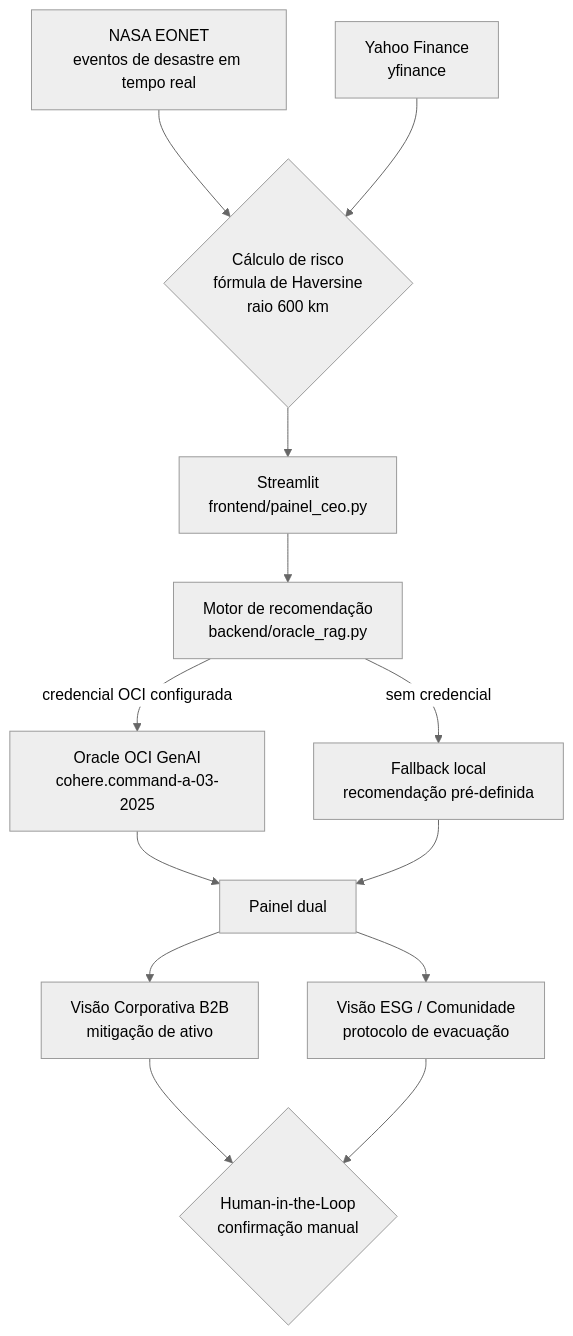
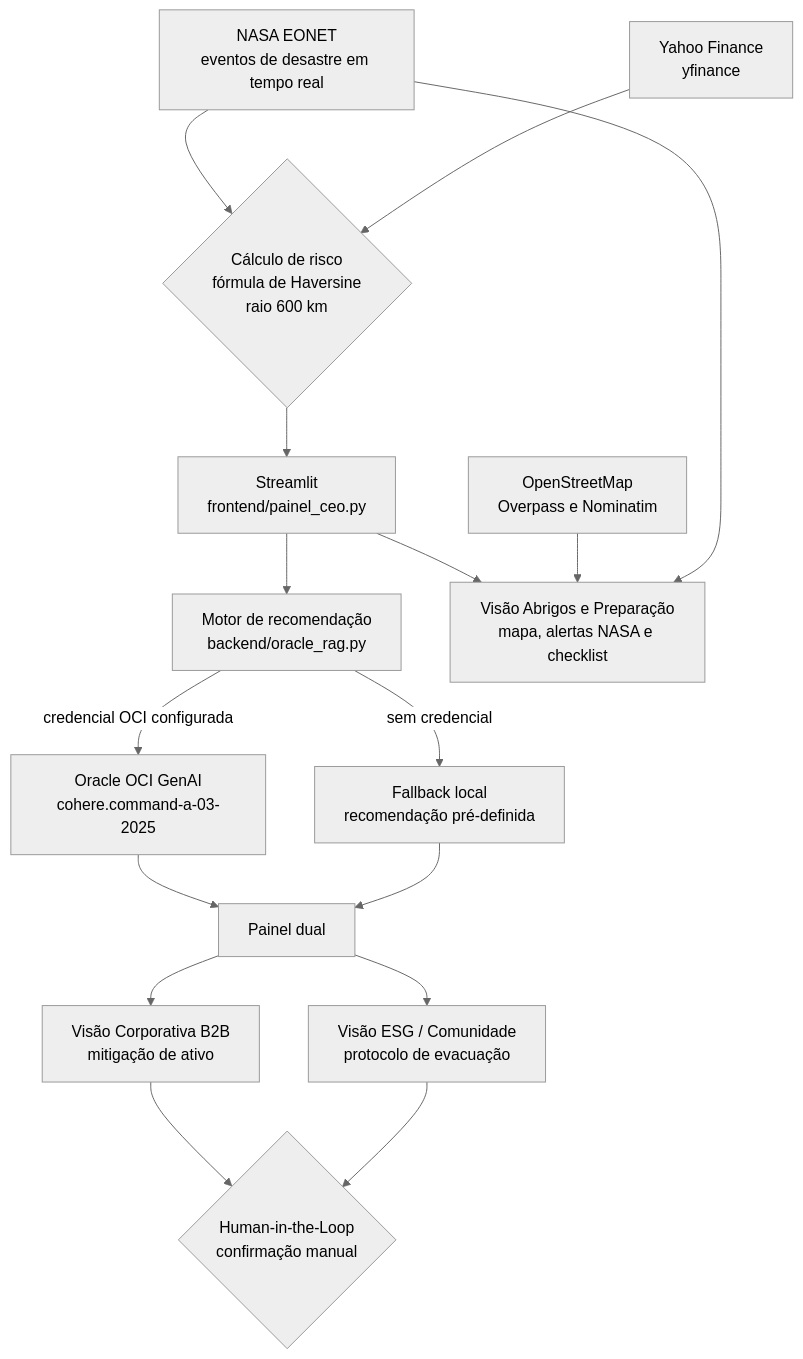
The diagram in README.md (LeonardoGMendoza/aplicativo-geo-capital-engine), drawn with Mermaid (neutral theme) before and after one commit. The commit also changed other lines of this file, not shown here.

Commit message:
Corrige mapa de abrigos e atualiza README

````diff
--- a/README.md
+++ b/README.md
@@ -42,15 +46,18 @@
 ```mermaid
 flowchart TD
     A[NASA EONET<br/>eventos de desastre em tempo real] --> C{Cálculo de risco<br/>fórmula de Haversine<br/>raio 600 km}
     B[Yahoo Finance<br/>yfinance] --> C
     C --> D[Streamlit<br/>frontend/painel_ceo.py]
     D --> E[Motor de recomendação<br/>backend/oracle_rag.py]
     E -->|credencial OCI configurada| F[Oracle OCI GenAI<br/>cohere.command-a-03-2025]
     E -->|sem credencial| G[Fallback local<br/>recomendação pré-definida]
     F --> H[Painel dual]
     G --> H
+    D --> L[Visão Abrigos e Preparação<br/>mapa, alertas NASA e checklist]
+    M[OpenStreetMap<br/>Overpass e Nominatim] --> L
+    A --> L
     H --> I[Visão Corporativa B2B<br/>mitigação de ativo]
     H --> J[Visão ESG / Comunidade<br/>protocolo de evacuação]
     I --> K{Human-in-the-Loop<br/>confirmação manual}
     J --> K
 ```
````
